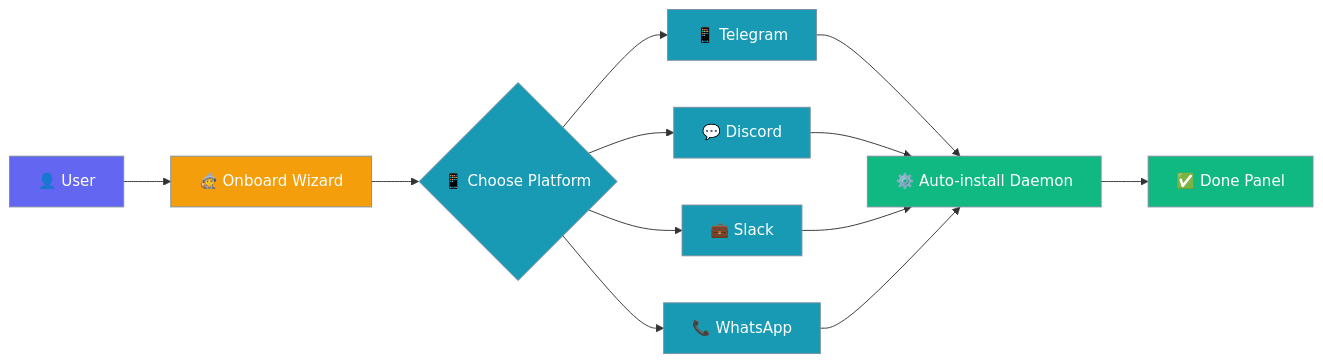
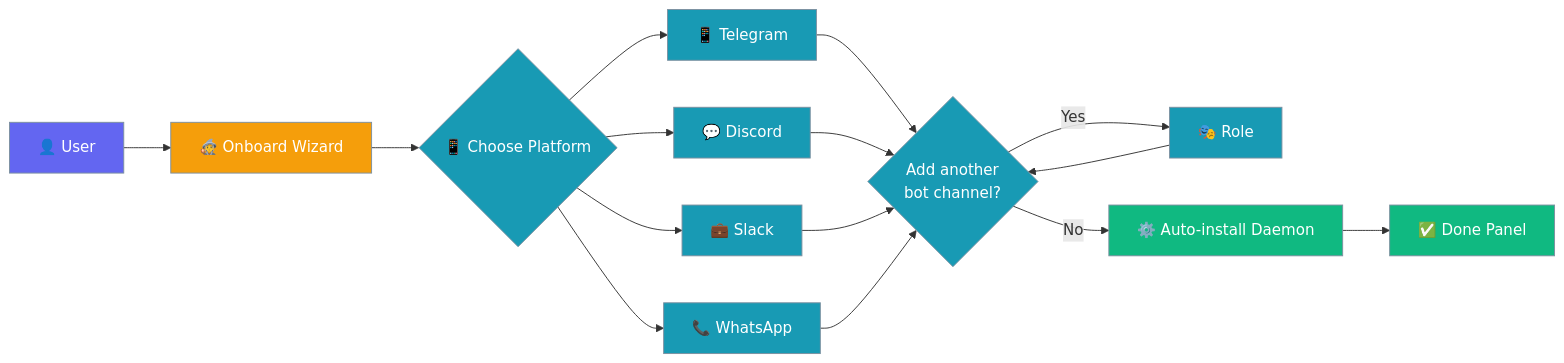
One commit to MervinPraison/PraisonAIDocs changed the first of 4 diagrams in docs/features/onboard.mdx. Above: the diagram before and after it, drawn with Mermaid. The commit also changed other lines of this file and 7 other files, not shown here.

````diff
--- a/docs/features/onboard.mdx
+++ b/docs/features/onboard.mdx
@@ -10,24 +10,27 @@
 ```mermaid
 graph LR
     User[👤 User] --> Wizard[🧙 Onboard Wizard]
     Wizard --> Platform{📱 Choose Platform}
     Platform --> Telegram[📱 Telegram]
     Platform --> Discord[💬 Discord]  
     Platform --> Slack[💼 Slack]
     Platform --> WhatsApp[📞 WhatsApp]
-    Telegram --> Daemon[⚙️ Auto-install Daemon]
-    Discord --> Daemon
-    Slack --> Daemon
-    WhatsApp --> Daemon
+    Telegram --> AddMore{Add another<br/>bot channel?}
+    Discord --> AddMore
+    Slack --> AddMore
+    WhatsApp --> AddMore
+    AddMore -->|Yes| Role[🎭 Role]
+    AddMore -->|No| Daemon[⚙️ Auto-install Daemon]
+    Role --> AddMore
     Daemon --> Done[✅ Done Panel]
     
     classDef user fill:#6366F1,stroke:#7C90A0,color:#fff
     classDef wizard fill:#F59E0B,stroke:#7C90A0,color:#fff
     classDef platform fill:#189AB4,stroke:#7C90A0,color:#fff
     classDef result fill:#10B981,stroke:#7C90A0,color:#fff
     
     class User user
     class Wizard wizard
-    class Platform,Telegram,Discord,Slack,WhatsApp platform
+    class Platform,Telegram,Discord,Slack,WhatsApp,AddMore,Role platform
     class Daemon,Done result
 ```
````
